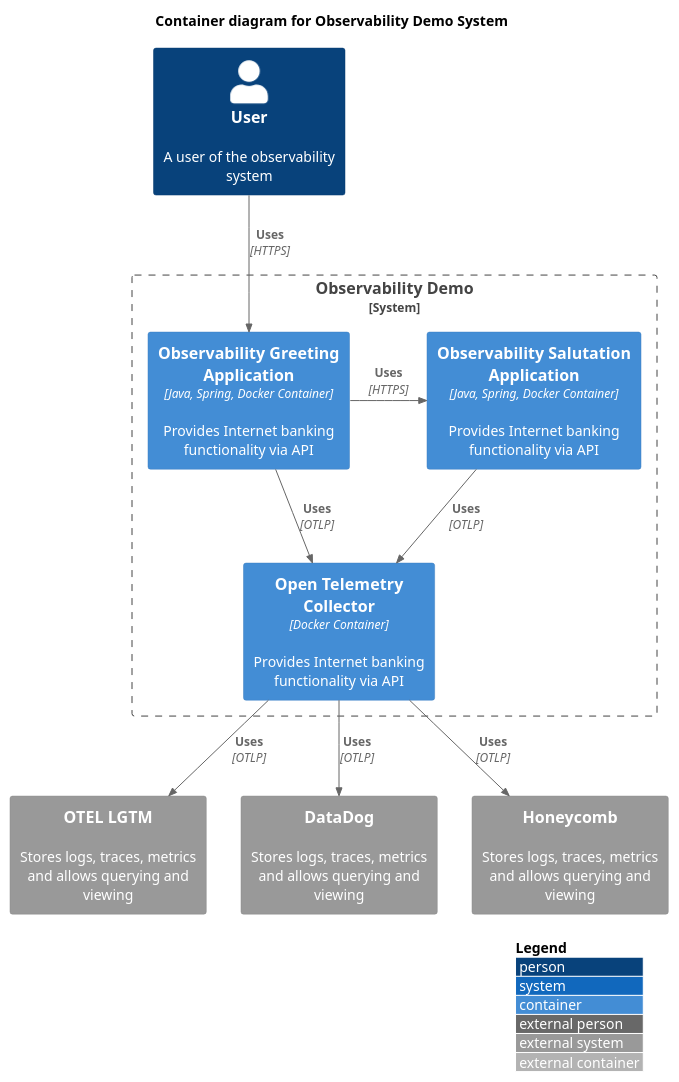
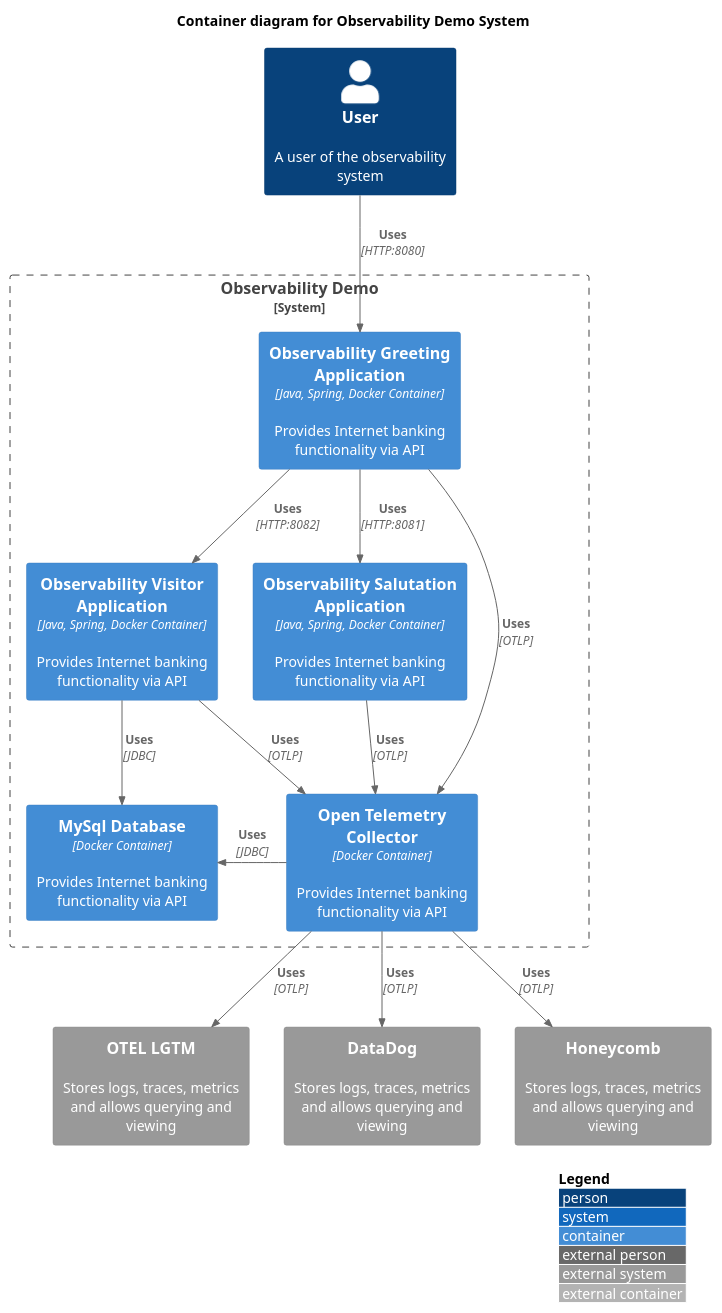
One commit to MarkGravestock/otel-observability-test changed the diagram in docs/observability-system-container.puml. Above: the diagram before and after it, drawn with PlantUML. The commit also changed 11 other files, not shown here.

Commit message:
Add database and visitor service.

```diff
--- a/docs/observability-system-container.puml
+++ b/docs/observability-system-container.puml
@@ -1,34 +1,41 @@
 @startuml
 !include https://raw.githubusercontent.com/plantuml-stdlib/C4-PlantUML/master/C4_Container.puml
 ' uncomment the following line and comment the first to use locally
 ' !include C4_Container.puml
 
 ' LAYOUT_TOP_DOWN()
 ' LAYOUT_AS_SKETCH()
 LAYOUT_WITH_LEGEND()
 
 title Container diagram for Observability Demo System
 
 Person(user, User, "A user of the observability system")
 
 System_Boundary(c1, "Observability Demo") {
     Container(observability_greeting, "Observability Greeting Application", "Java, Spring, Docker Container", "Provides Internet banking functionality via API")
     Container(observability_salutation, "Observability Salutation Application", "Java, Spring, Docker Container", "Provides Internet banking functionality via API")
+    Container(observability_visitor, "Observability Visitor Application", "Java, Spring, Docker Container", "Provides Internet banking functionality via API")
     Container(otel_collection, "Open Telemetry Collector", "Docker Container", "Provides Internet banking functionality via API")
+    Container(mysql, "MySql Database", "Docker Container", "Provides Internet banking functionality via API")
 }
 
 System_Ext(observability_backend, "OTEL LGTM", "Stores logs, traces, metrics and allows querying and viewing")
 System_Ext(datadog, "DataDog", "Stores logs, traces, metrics and allows querying and viewing")
 System_Ext(honeycomb, "Honeycomb", "Stores logs, traces, metrics and allows querying and viewing")
 
-Rel(user, observability_greeting, "Uses", "HTTPS")
-Rel_Neighbor(observability_greeting, observability_salutation, "Uses", "HTTPS")
+Rel(observability_greeting, observability_salutation, "Uses", "HTTP:8081")
+Rel(user, observability_greeting, "Uses", "HTTP:8080")
+Rel_Neighbor(observability_greeting, observability_visitor, "Uses", "HTTP:8082")
 
 Rel(observability_greeting, otel_collection, "Uses", "OTLP")
 Rel(observability_salutation, otel_collection, "Uses", "OTLP")
+Rel(observability_visitor, otel_collection, "Uses", "OTLP")
+Rel_Neighbor(otel_collection, mysql, "Uses", "JDBC")
+
+Rel(observability_visitor, mysql, "Uses", "JDBC")
 
 Rel(otel_collection, datadog, "Uses", "OTLP")
 Rel(otel_collection, observability_backend, "Uses", "OTLP")
 Rel(otel_collection, honeycomb, "Uses", "OTLP")
 
 @enduml
```
